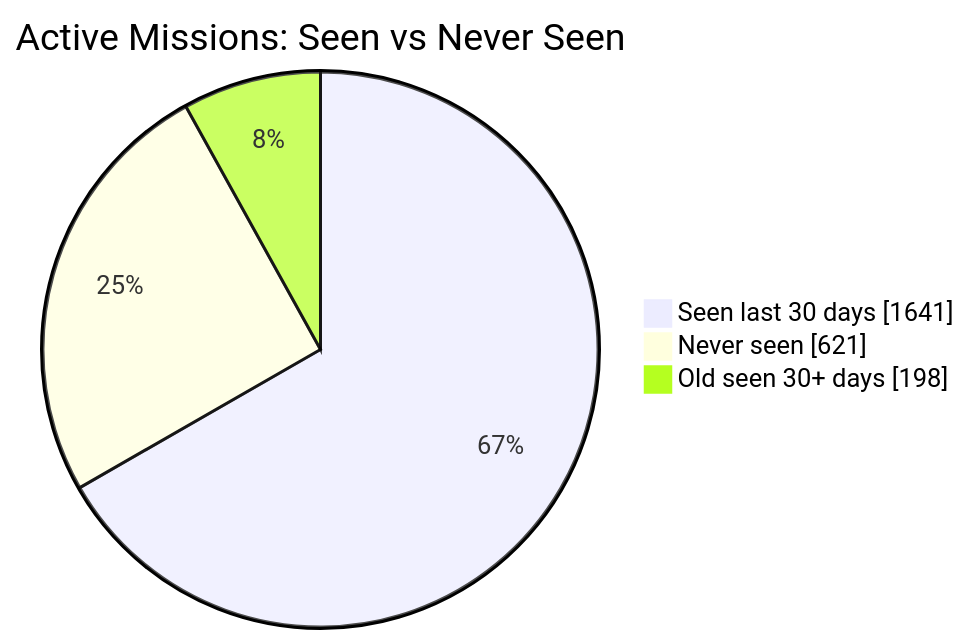
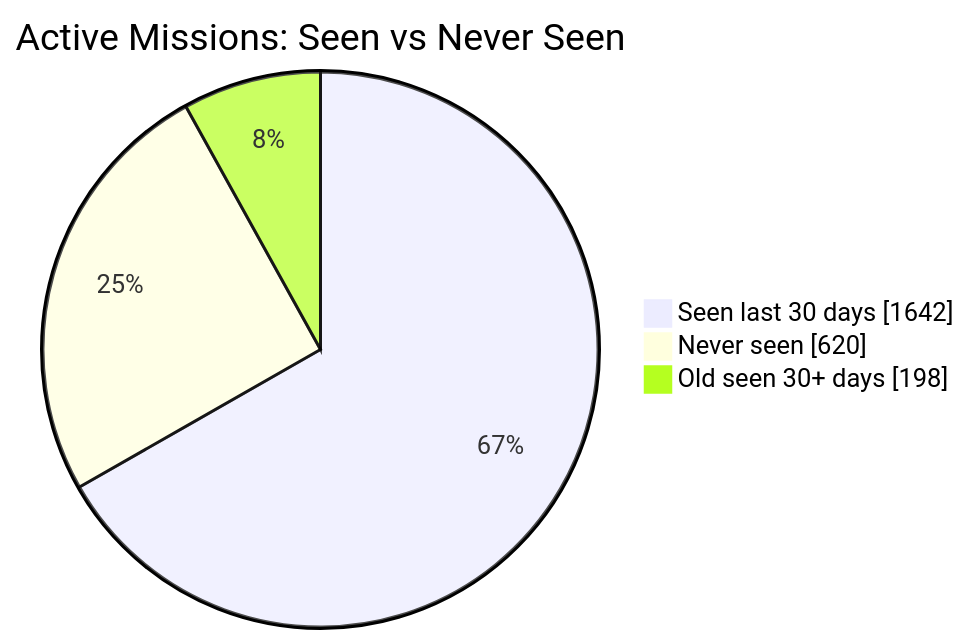
Before and after one commit to MeldkamerspelGameTeam/active-missions: the first of 2 diagrams in README.md, drawn with Mermaid. The commit also changed other lines of this file and 8 other files, not shown here.

````diff
--- a/README.md
+++ b/README.md
@@ -34,7 +34,7 @@
 ```mermaid
 pie showData
     title Active Missions: Seen vs Never Seen
-    "Seen last 30 days" : 1641
-    "Never seen" : 621
+    "Seen last 30 days" : 1642
+    "Never seen" : 620
     "Old seen 30+ days" : 198
 ```
````
